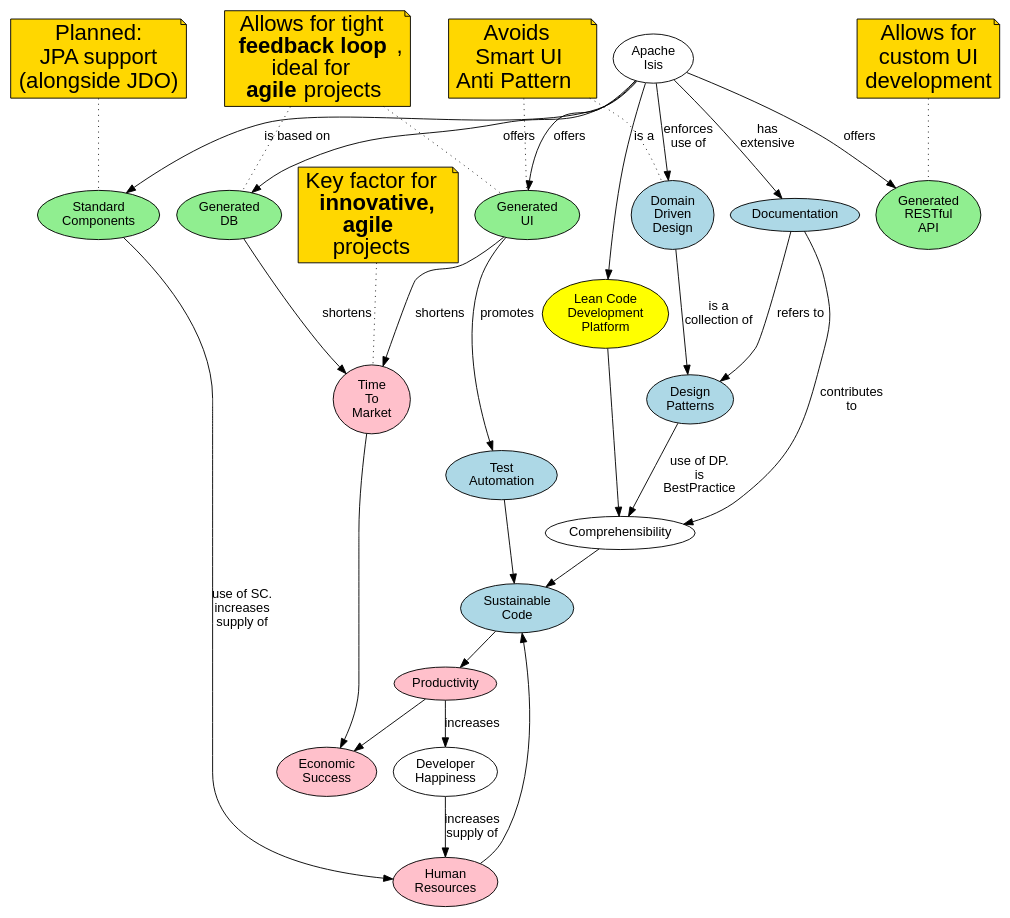
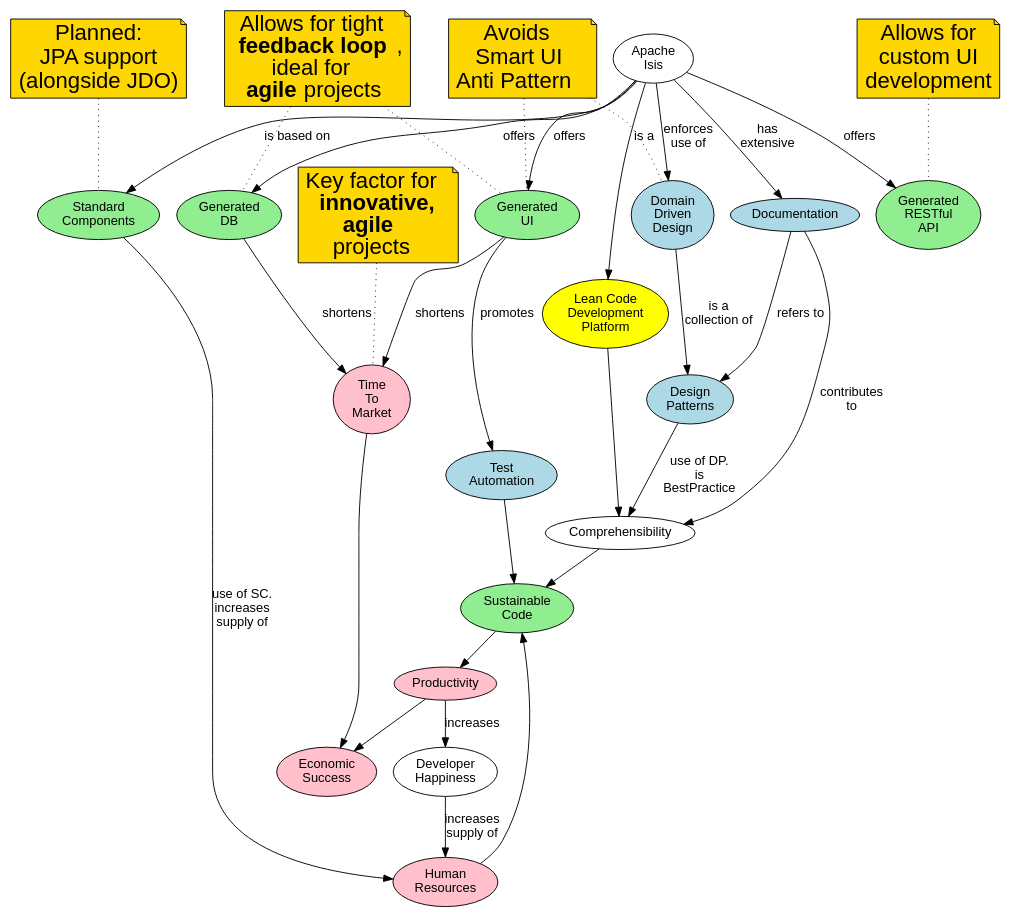
Before and after one commit to joerg-rade/dddsample-isis: the diagram in frameworkQualities.adoc, drawn with Graphviz. The commit also changed other lines of this file and 1 other file, not shown here.

```diff
--- a/frameworkQualities.adoc
+++ b/frameworkQualities.adoc
@@ -21,7 +21,6 @@
     doc [label="Documentation"]
         ai -> ddd [label="enforces\nuse of"]
         ddd -> p [label="is a\ncollection of"]
-        ta -> sc 
         ai -> doc [label="has\nextensive"]
         doc -> p [label="refers to"]
         doc -> c [label="contributes\nto"]
@@ -39,6 +38,7 @@
         ai -> ro [label="offers"]
         uig -> ta [label="promotes"]
         ai -> std [label="is based on"]
+        ta -> sc 
         c -> sc
     
     // role
```
